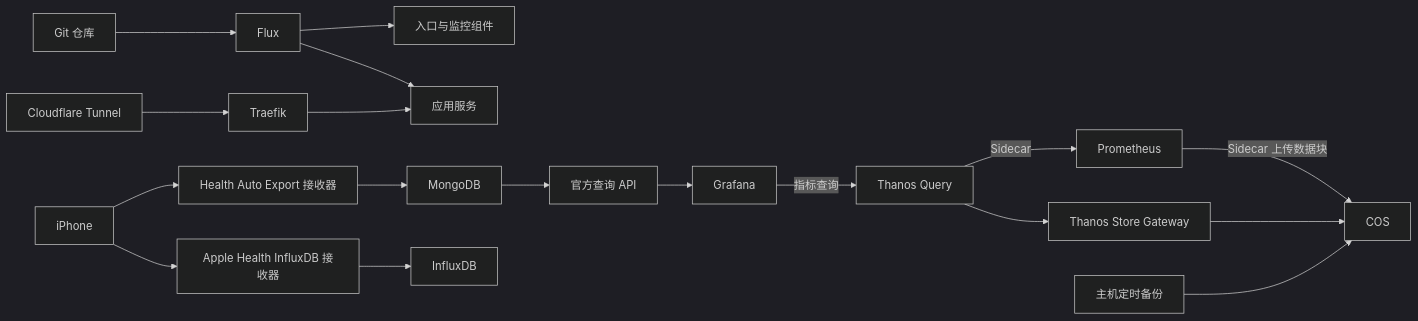
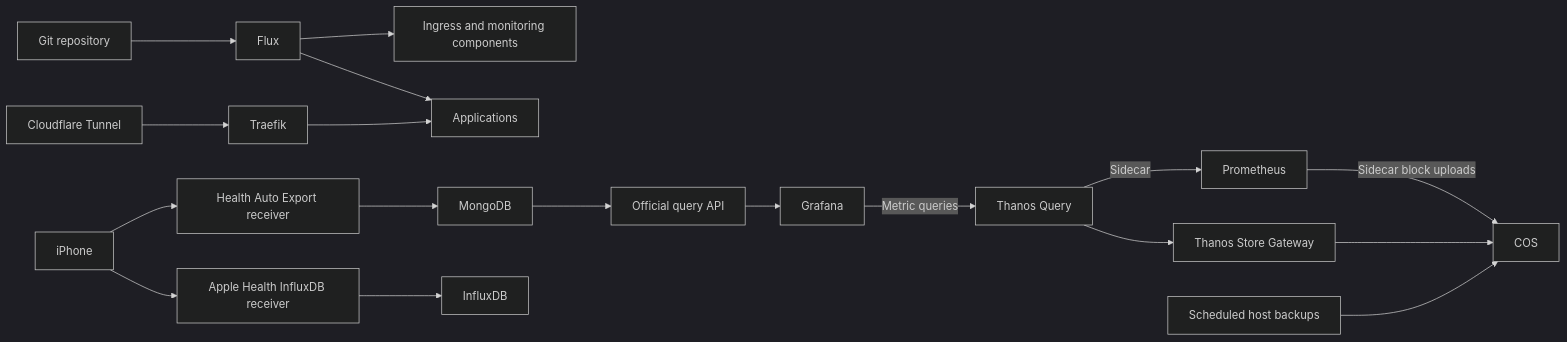
The diagram in README.md (fullstackjam/cloudlab), drawn with Mermaid (dark theme) before and after one commit. The commit also changed other lines of this file and 7 other files, not shown here.

````diff
--- a/README.md
+++ b/README.md
@@ -7,20 +7,20 @@
 ```mermaid
 flowchart LR
-    Git[Git 仓库] --> Flux
-    Flux --> Platform[入口与监控组件]
-    Flux --> Apps[应用服务]
+    Git[Git repository] --> Flux
+    Flux --> Platform[Ingress and monitoring components]
+    Flux --> Apps[Applications]
     Tunnel[Cloudflare Tunnel] --> Traefik
     Traefik --> Apps
-    iPhone --> Ingest[Health Auto Export 接收器]
+    iPhone --> Ingest[Health Auto Export receiver]
     Ingest --> MongoDB
-    iPhone --> IngestInflux[Apple Health InfluxDB 接收器]
+    iPhone --> IngestInflux[Apple Health InfluxDB receiver]
     IngestInflux --> InfluxDB
-    MongoDB --> API[官方查询 API]
+    MongoDB --> API[Official query API]
     API --> Grafana
-    Prometheus -->|Sidecar 上传数据块| COS
-    Grafana -->|指标查询| Query[Thanos Query]
+    Prometheus -->|Sidecar block uploads| COS
+    Grafana -->|Metric queries| Query[Thanos Query]
     Query -->|Sidecar| Prometheus
     Query --> Store[Thanos Store Gateway]
     Store --> COS
-    Backup[主机定时备份] --> COS
+    Backup[Scheduled host backups] --> COS
 ```
````
